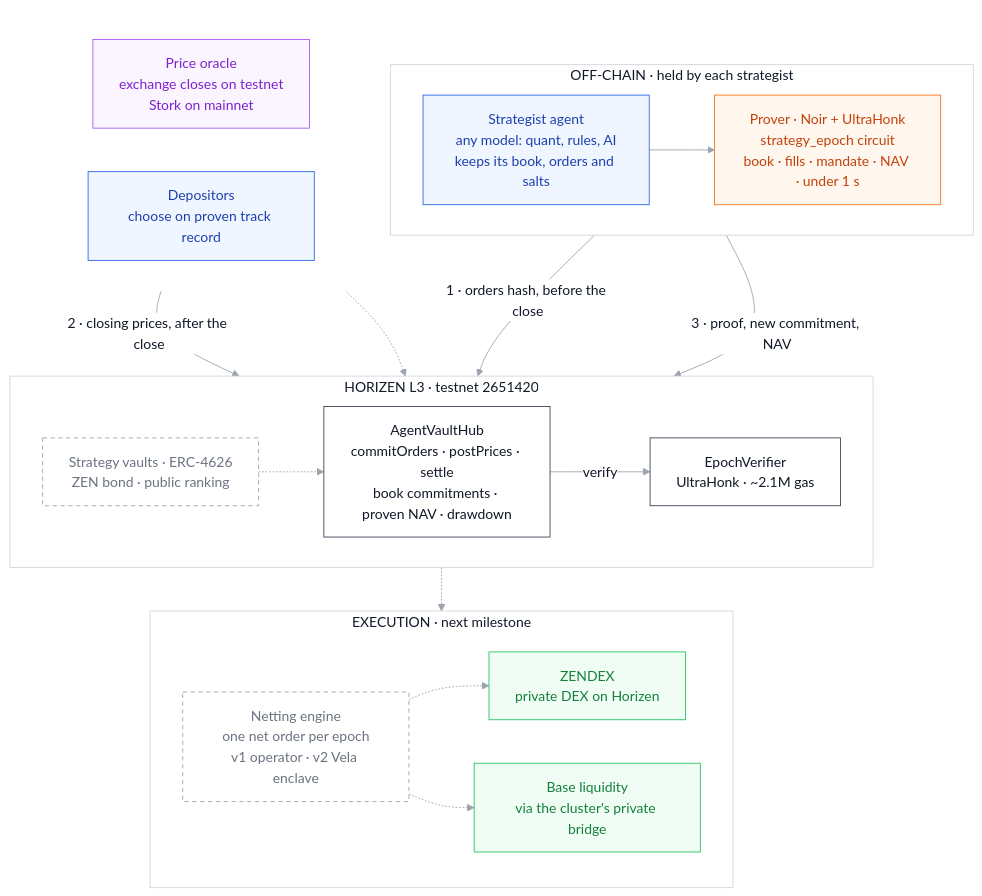
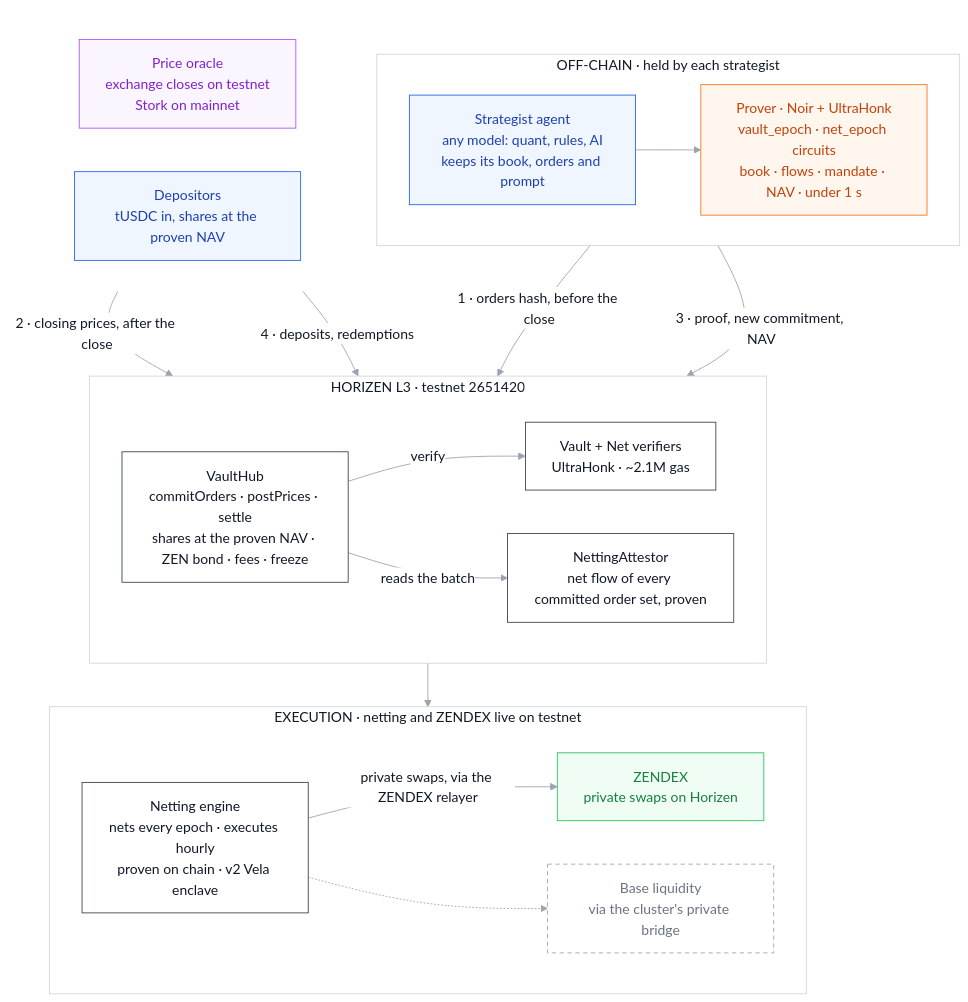
The diagram in docs/architecture.mmd (agamafinance/agama-horizen-agentic-vaults), drawn with Mermaid before and after one commit. The commit also changed 9 other files, not shown here.

Commit message:
Lead with the vaults: README, architecture, strategist guide, live page, state reader and bytecode check

```diff
--- a/docs/architecture.mmd
+++ b/docs/architecture.mmd
@@ -1,53 +1,55 @@
 %%{init: {'theme':'base','themeVariables':{'background':'#ffffff','primaryColor':'#ffffff','primaryTextColor':'#111827','primaryBorderColor':'#374151','lineColor':'#9ca3af','edgeLabelBackground':'#ffffff','tertiaryColor':'#ffffff','clusterBkg':'#ffffff','clusterBorder':'#d1d5db','titleColor':'#111827','fontSize':'16px'}}}%%
 flowchart TB
     subgraph offchain["OFF-CHAIN · held by each strategist"]
         direction LR
-        STRAT["Strategist agent<br/>any model: quant, rules, AI<br/>keeps its book, orders and salts"]
-        PROVER["Prover · Noir + UltraHonk<br/>strategy_epoch circuit<br/>book · fills · mandate · NAV · under 1 s"]
+        STRAT["Strategist agent<br/>any model: quant, rules, AI<br/>keeps its book, orders and prompt"]
+        PROVER["Prover · Noir + UltraHonk<br/>vault_epoch · net_epoch circuits<br/>book · flows · mandate · NAV · under 1 s"]
     end
 
     subgraph inputs[" "]
         direction LR
         FEED["Price oracle<br/>exchange closes on testnet<br/>Stork on mainnet"]
-        DEP["Depositors<br/>choose on proven track record"]
+        DEP["Depositors<br/>tUSDC in, shares at the proven NAV"]
     end
 
     subgraph horizen["HORIZEN L3 · testnet 2651420"]
         direction LR
-        HUB["AgentVaultHub<br/>commitOrders · postPrices · settle<br/>book commitments · proven NAV · drawdown"]
-        VER["EpochVerifier<br/>UltraHonk · ~2.1M gas"]
-        VAULTS["Strategy vaults · ERC-4626<br/>ZEN bond · public ranking"]
+        HUB["VaultHub<br/>commitOrders · postPrices · settle<br/>shares at the proven NAV · ZEN bond · fees · freeze"]
+        VER["Vault + Net verifiers<br/>UltraHonk · ~2.1M gas"]
+        VAULTS["NettingAttestor<br/>net flow of every committed order set, proven"]
     end
 
-    subgraph market["EXECUTION · next milestone"]
+    subgraph market["EXECUTION · netting and ZENDEX live on testnet"]
         direction LR
-        NET["Netting engine<br/>one net order per epoch<br/>v1 operator · v2 Vela enclave"]
-        ZENDEX["ZENDEX<br/>private DEX on Horizen"]
+        NET["Netting engine<br/>nets every epoch · executes hourly<br/>proven on chain · v2 Vela enclave"]
+        ZENDEX["ZENDEX<br/>private swaps on Horizen"]
         BASE["Base liquidity<br/>via the cluster's private bridge"]
     end
 
     STRAT -->|"1 · orders hash, before the close"| HUB
     STRAT --> PROVER
     FEED -->|"2 · closing prices, after the close"| HUB
     PROVER -->|"3 · proof, new commitment, NAV"| HUB
     HUB -->|"verify"| VER
-    DEP -.-> VAULTS
-    VAULTS -.-> HUB
-    HUB -.-> NET
-    NET -.-> ZENDEX
+    DEP -->|"4 · deposits, redemptions"| HUB
+    HUB -->|"reads the batch"| VAULTS
+    HUB --> NET
+    NET -->|"private swaps, via the ZENDEX relayer"| ZENDEX
     NET -.-> BASE
 
     classDef actor fill:#eff6ff,stroke:#2563eb,color:#1e40af
     classDef core fill:#ffffff,stroke:#374151,color:#111827
     classDef offchain fill:#fff7ed,stroke:#f97316,color:#c2410c
     classDef feed fill:#faf5ff,stroke:#a855f7,color:#7e22ce
     classDef integration fill:#f0fdf4,stroke:#22c55e,color:#15803d
     classDef next fill:#ffffff,stroke:#9ca3af,color:#6b7280,stroke-dasharray:5 4
 
     class STRAT,DEP actor
     class HUB,VER core
     class PROVER offchain
     class FEED feed
-    class ZENDEX,BASE integration
-    class NET,VAULTS next
+    class ZENDEX integration
+    class NET core
+    class VAULTS core
+    class BASE next
     style inputs fill:#ffffff,stroke:#ffffff
```
